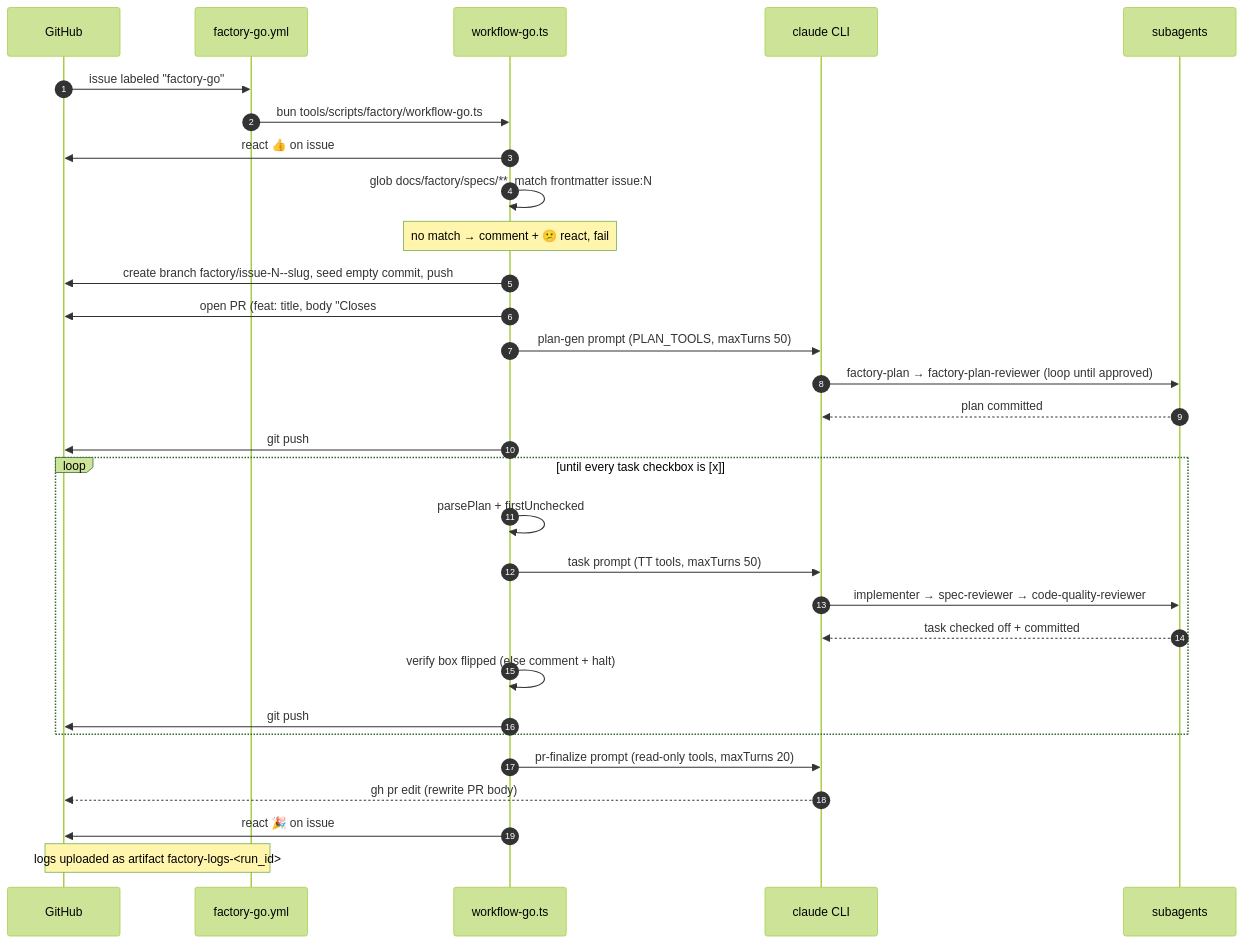
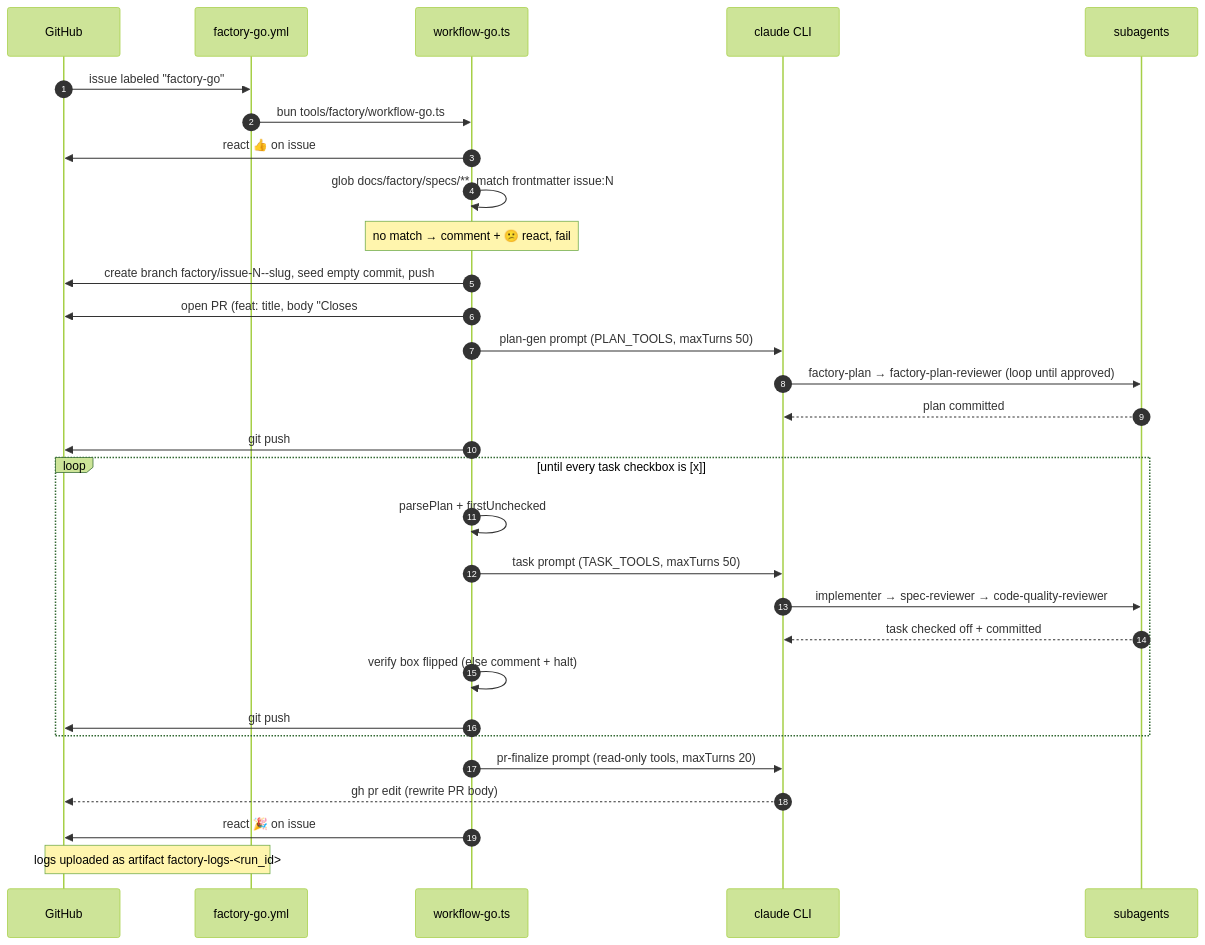
One commit to jost-kuenzel/claude-workshop changed the second of 2 diagrams in docs/factory/factory-process-guide.md. Above: the diagram before and after it, drawn with Mermaid (forest theme). The commit also changed other lines of this file, not shown here.

Commit message:
factory: regenerate process guide for tools/factory path

````diff
--- a/docs/factory/factory-process-guide.md
+++ b/docs/factory/factory-process-guide.md
@@ -201,36 +201,36 @@
 ```mermaid
 sequenceDiagram
     autonumber
     participant GH as GitHub
     participant WF as factory-go.yml
     participant ORCH as workflow-go.ts
     participant CL as claude CLI
     participant AG as subagents
 
     GH->>WF: issue labeled "factory-go"
-    WF->>ORCH: bun tools/scripts/factory/workflow-go.ts
+    WF->>ORCH: bun tools/factory/workflow-go.ts
     ORCH->>GH: react 👍 on issue
     ORCH->>ORCH: glob docs/factory/specs/**, match frontmatter issue:N
     Note over ORCH: no match → comment + 😕 react, fail
     ORCH->>GH: create branch factory/issue-N--slug, seed empty commit, push
     ORCH->>GH: open PR (feat: title, body "Closes #N")
 
     ORCH->>CL: plan-gen prompt (PLAN_TOOLS, maxTurns 50)
     CL->>AG: factory-plan → factory-plan-reviewer (loop until approved)
     AG-->>CL: plan committed
     ORCH->>GH: git push
 
     loop until every task checkbox is [x]
         ORCH->>ORCH: parsePlan + firstUnchecked
-        ORCH->>CL: task prompt (TT tools, maxTurns 50)
+        ORCH->>CL: task prompt (TASK_TOOLS, maxTurns 50)
         CL->>AG: implementer → spec-reviewer → code-quality-reviewer
         AG-->>CL: task checked off + committed
         ORCH->>ORCH: verify box flipped (else comment + halt)
         ORCH->>GH: git push
     end
 
     ORCH->>CL: pr-finalize prompt (read-only tools, maxTurns 20)
     CL-->>GH: gh pr edit (rewrite PR body)
     ORCH->>GH: react 🎉 on issue
     Note over WF,GH: logs uploaded as artifact factory-logs-<run_id>
 ```
````
